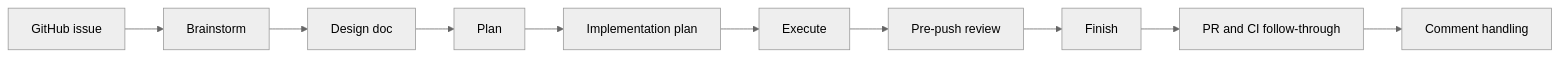
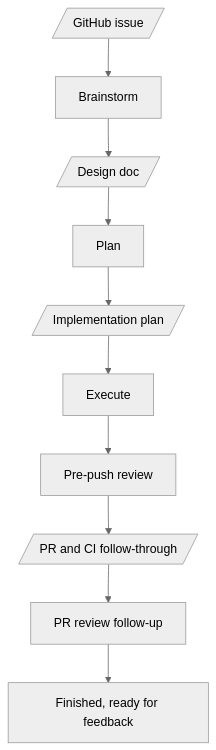
One commit to patinaproject/skills changed the diagram in README.md. Above: the diagram before and after it, drawn with Mermaid (neutral theme). The commit also changed other lines of this file and 2 other files, not shown here.

````diff
--- a/README.md
+++ b/README.md
@@ -19,12 +17,12 @@
 ```mermaid
-flowchart LR
-    A[GitHub issue] --> B[Brainstorm]
-    B --> C[Design doc]
+flowchart TD
+    A[/GitHub issue/] --> B[Brainstorm]
+    B --> C[/Design doc/]
     C --> D[Plan]
-    D --> E[Implementation plan]
+    D --> E[/Implementation plan/]
     E --> F[Execute]
     F --> G[Pre-push review]
-    G --> H[Finish]
-    H --> I[PR and CI follow-through]
-    I --> J[Comment handling]
+    G --> H[/PR and CI follow-through/]
+    H --> I[PR review follow-up]
+    I --> J[Finished, ready for feedback]
 ```
````
